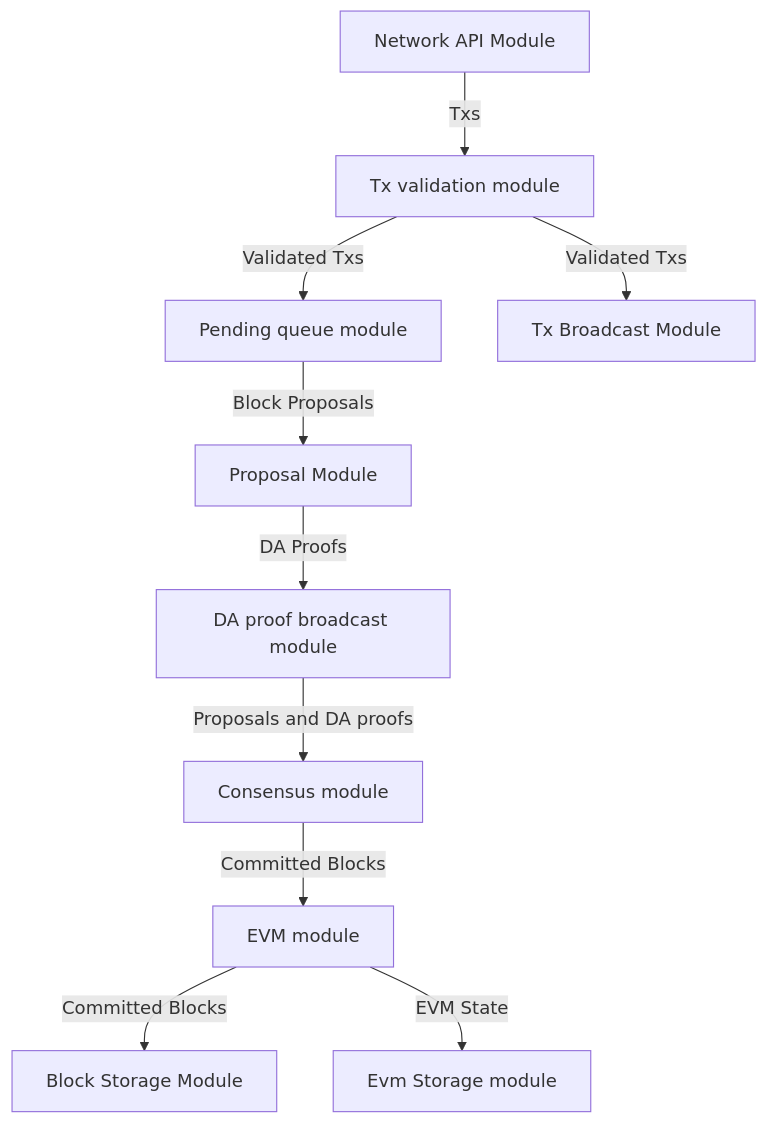
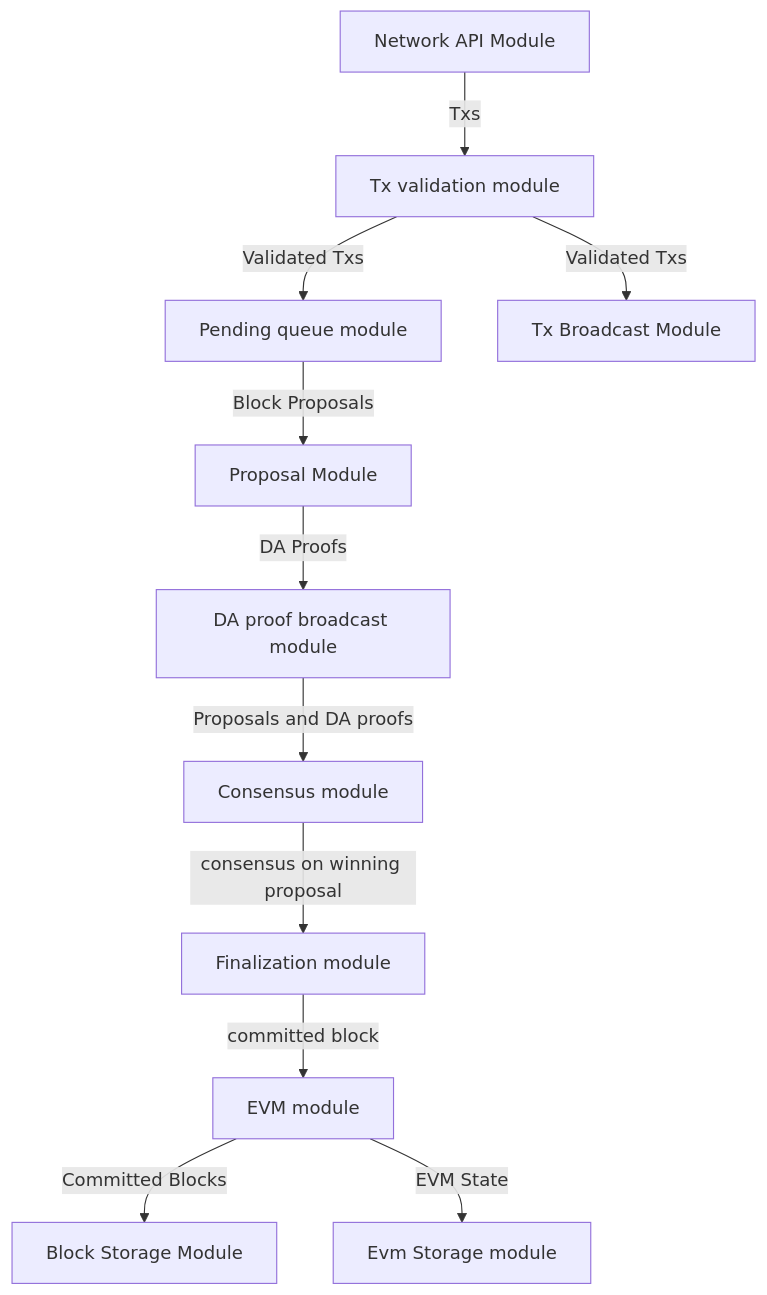
Before and after one commit to twizzworld/docs.skale.network: the third of 3 diagrams in components/technology/modules/ROOT/pages/consensus-spec.adoc, drawn with Mermaid. The commit also changed other lines of this file, not shown here.

````diff
--- a/components/technology/modules/ROOT/pages/consensus-spec.adoc
+++ b/components/technology/modules/ROOT/pages/consensus-spec.adoc
@@ -77,7 +77,7 @@
 ```mermaid
 flowchart TD
-    b1[Network API Module] -->|Txs| b2[Tx validation module] -->|Validated Txs| b3[Pending queue module] -->|Block Proposals| b5[Proposal Module] --> |DA Proofs| b6[DA proof broadcast module] --> |Proposals and DA proofs| b7[Consensus module] -->|Committed Blocks| b8[EVM module]
+    b1[Network API Module] -->|Txs| b2[Tx validation module] -->|Validated Txs| b3[Pending queue module] -->|Block Proposals| b5[Proposal Module] --> |DA Proofs| b6[DA proof broadcast module] --> |Proposals and DA proofs| b7[Consensus module] -->|consensus on winning proposal| b12[Finalization module] -->|committed block| b8[EVM module]
     b2 -->|Validated Txs| b11[Tx Broadcast Module]
     b8 -->|Committed Blocks| b9[Block Storage Module]
     b8 -->|EVM State| b10[Evm Storage module]    
 ```
````
